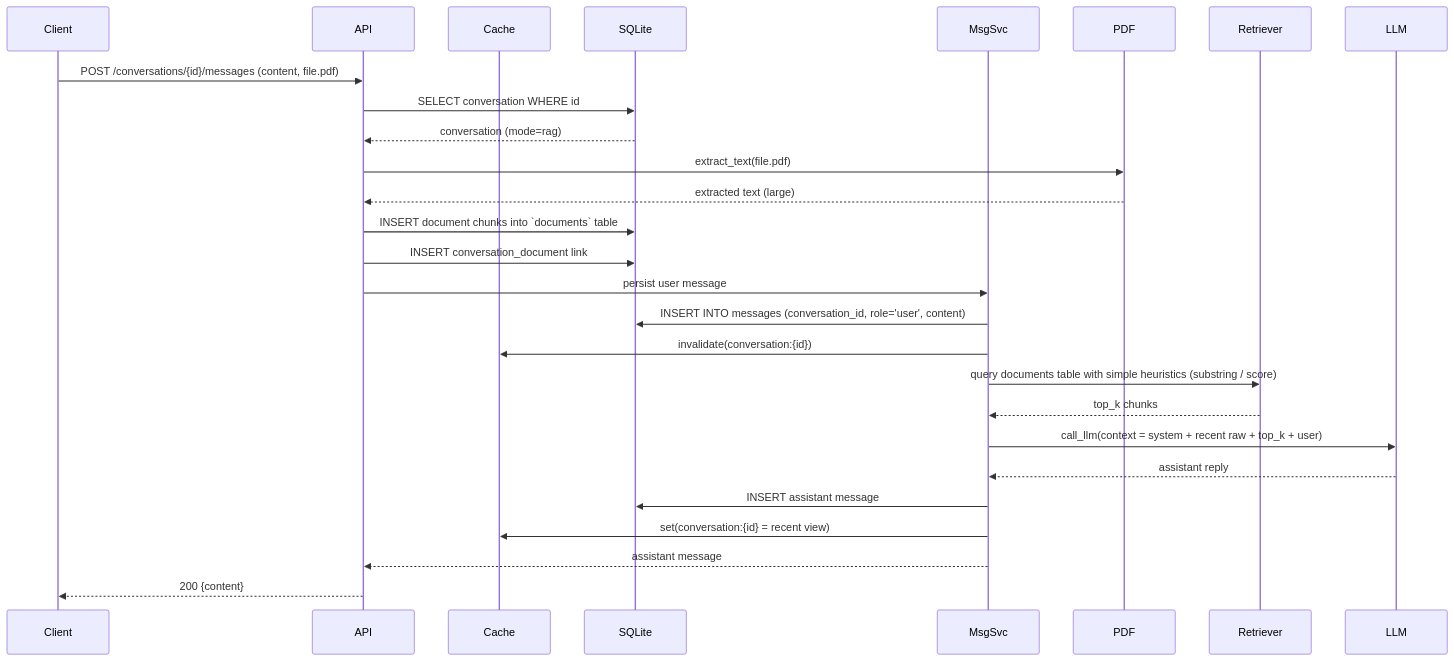
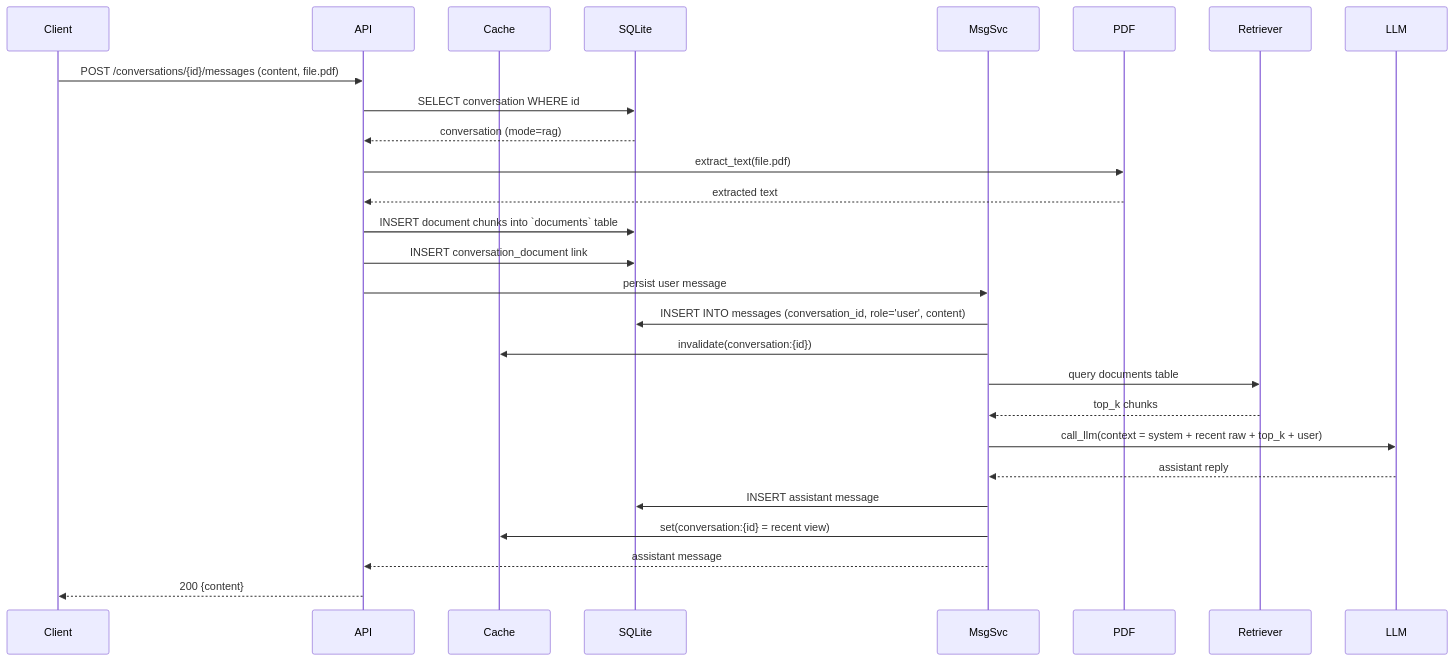
One commit to Rishabh1106/test-repo changed the seventh of 7 diagrams in README.md. Above: the diagram before and after it, drawn with Mermaid.

````diff
--- a/README.md
+++ b/README.md
@@ -188,30 +188,30 @@
 ```mermaid
 sequenceDiagram
   participant Client
   participant API
   participant Cache
   participant SQLite
   participant MsgSvc
   participant PDF
   participant Retriever
   participant LLM
 
   Client->>API: POST /conversations/{id}/messages (content, file.pdf)
   API->>SQLite: SELECT conversation WHERE id
   SQLite-->>API: conversation (mode=rag)
   API->>PDF: extract_text(file.pdf)
-  PDF-->>API: extracted text (large)
+  PDF-->>API: extracted text
   API->>SQLite: INSERT document chunks into `documents` table
   API->>SQLite: INSERT conversation_document link
   API->>MsgSvc: persist user message
   MsgSvc->>SQLite: INSERT INTO messages (conversation_id, role='user', content)
   MsgSvc->>Cache: invalidate(conversation:{id})
-  MsgSvc->>Retriever: query documents table with simple heuristics (substring / score)
+  MsgSvc->>Retriever: query documents table
   Retriever-->>MsgSvc: top_k chunks
   MsgSvc->>LLM: call_llm(context = system + recent raw + top_k + user)
   LLM-->>MsgSvc: assistant reply
   MsgSvc->>SQLite: INSERT assistant message
   MsgSvc->>Cache: set(conversation:{id} = recent view)
   MsgSvc-->>API: assistant message
   API-->>Client: 200 {content}
 ```
````
